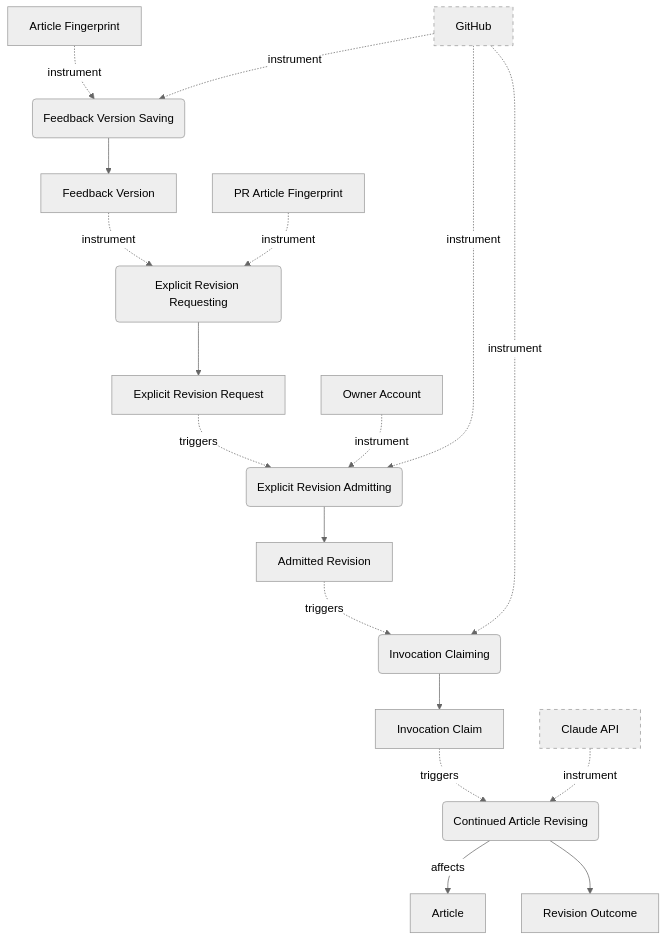
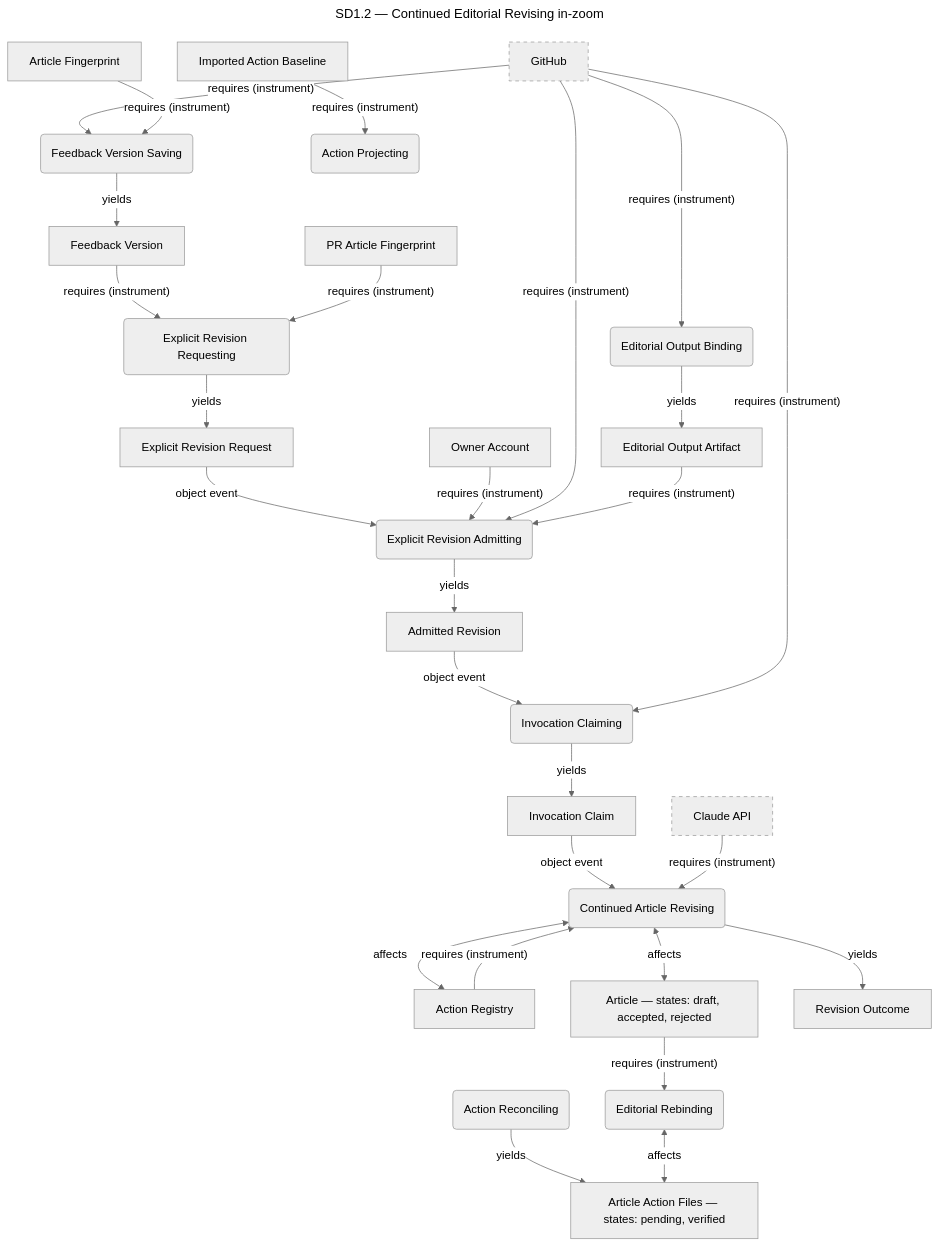
Before and after one commit to ojfbot/daily-logger: the third of 3 diagrams in opm/system.md, drawn with Mermaid (neutral theme). The commit also changed other lines of this file and 98 other files, not shown here.

Commit message:
Reconcile article suggestions through a verified action registry (#381)

````diff
--- a/opm/system.md
+++ b/opm/system.md
@@ -221,38 +422,60 @@
 ```mermaid
+---
+title: "SD1.2 — Continued Editorial Revising in-zoom"
+---
 flowchart TD
-  GitHub["GitHub"]
-  FeedbackVersionSaving("Feedback Version Saving")
-  ArticleFingerprint["Article Fingerprint"]
-  FeedbackVersion["Feedback Version"]
-  ExplicitRevisionRequesting("Explicit Revision Requesting")
-  PRArticleFingerprint["PR Article Fingerprint"]
-  ExplicitRevisionRequest["Explicit Revision Request"]
-  ExplicitRevisionAdmitting("Explicit Revision Admitting")
-  OwnerAccount["Owner Account"]
-  AdmittedRevision["Admitted Revision"]
-  InvocationClaiming("Invocation Claiming")
-  InvocationClaim["Invocation Claim"]
-  ContinuedArticleRevising("Continued Article Revising")
-  ClaudeAPI["Claude API"]
-  Article["Article"]
-  RevisionOutcome["Revision Outcome"]
-  GitHub -. instrument .-> FeedbackVersionSaving
-  ArticleFingerprint -. instrument .-> FeedbackVersionSaving
-  FeedbackVersionSaving --> FeedbackVersion
-  FeedbackVersion -. instrument .-> ExplicitRevisionRequesting
-  PRArticleFingerprint -. instrument .-> ExplicitRevisionRequesting
-  ExplicitRevisionRequesting --> ExplicitRevisionRequest
-  ExplicitRevisionRequest -. triggers .-> ExplicitRevisionAdmitting
-  OwnerAccount -. instrument .-> ExplicitRevisionAdmitting
-  GitHub -. instrument .-> ExplicitRevisionAdmitting
-  ExplicitRevisionAdmitting --> AdmittedRevision
-  AdmittedRevision -. triggers .-> InvocationClaiming
-  GitHub -. instrument .-> InvocationClaiming
-  InvocationClaiming --> InvocationClaim
-  InvocationClaim -. triggers .-> ContinuedArticleRevising
-  ClaudeAPI -. instrument .-> ContinuedArticleRevising
-  ContinuedArticleRevising -- affects --> Article
-  ContinuedArticleRevising --> RevisionOutcome
-  style GitHub stroke-dasharray: 5 5
-  style ClaudeAPI stroke-dasharray: 5 5
+  accTitle: SD1.2 — Continued Editorial Revising in-zoom
+  accDescr: Lossy system model projection. Complete source facts follow this diagram.
+  n4["GitHub"]
+  style n4 stroke-dasharray: 5 5
+  n70("Feedback Version Saving")
+  n35["Article Fingerprint"]
+  n71["Feedback Version"]
+  n72("Explicit Revision Requesting")
+  n73["PR Article Fingerprint"]
+  n74["Explicit Revision Request"]
+  n75("Explicit Revision Admitting")
+  n76["Owner Account"]
+  n77["Admitted Revision"]
+  n78("Invocation Claiming")
+  n79["Invocation Claim"]
+  n80("Continued Article Revising")
+  n27["Claude API"]
+  style n27 stroke-dasharray: 5 5
+  n22["Action Registry"]
+  n0["Article — states: draft, accepted, rejected"]
+  n81["Revision Outcome"]
+  n82["Article Action Files — states: pending, verified"]
+  n23("Action Reconciling")
+  n83["Imported Action Baseline"]
+  n21("Action Projecting")
+  n84("Editorial Output Binding")
+  n85["Editorial Output Artifact"]
+  n86("Editorial Rebinding")
+  n4 -->|"requires (instrument)"| n70
+  n35 -->|"requires (instrument)"| n70
+  n70 -->|"yields"| n71
+  n71 -->|"requires (instrument)"| n72
+  n73 -->|"requires (instrument)"| n72
+  n72 -->|"yields"| n74
+  n74 -->|"object event"| n75
+  n76 -->|"requires (instrument)"| n75
+  n4 -->|"requires (instrument)"| n75
+  n75 -->|"yields"| n77
+  n77 -->|"object event"| n78
+  n4 -->|"requires (instrument)"| n78
+  n78 -->|"yields"| n79
+  n79 -->|"object event"| n80
+  n27 -->|"requires (instrument)"| n80
+  n22 -->|"requires (instrument)"| n80
+  n80 <-->|"affects"| n0
+  n80 <-->|"affects"| n22
+  n80 -->|"yields"| n81
+  n23 -->|"yields"| n82
+  n83 -->|"requires (instrument)"| n21
+  n4 -->|"requires (instrument)"| n84
+  n84 -->|"yields"| n85
+  n85 -->|"requires (instrument)"| n75
+  n0 -->|"requires (instrument)"| n86
+  n86 <-->|"affects"| n82
 ```
````
